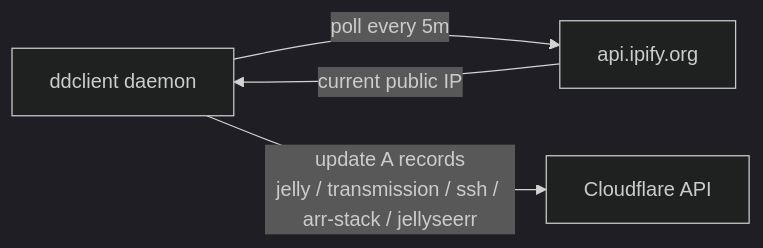
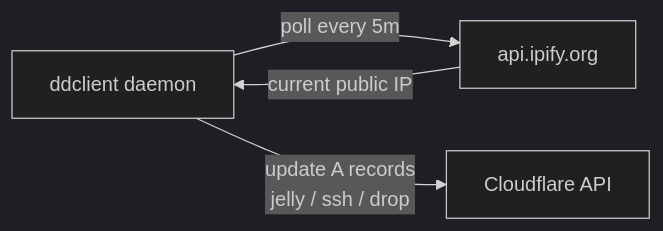
Before and after one commit to sillyash/homelab: the diagram in services/ddclient/README.md, drawn with Mermaid (dark theme). The commit also changed other lines of this file and 1 other file, not shown here.

First line of the commit message:
chore(ddclient): only update the direct-path A records

````diff
--- a/services/ddclient/README.md
+++ b/services/ddclient/README.md
@@ -8,10 +8,10 @@
 ```mermaid
 graph LR
     ddclient["ddclient daemon"]
     ipify["api.ipify.org"]
     cf["Cloudflare API"]
 
     ddclient -->|"poll every 5m"| ipify
     ipify -->|current public IP| ddclient
-    ddclient -->|"update A records<br>jelly / transmission / ssh / arr-stack / jellyseerr"| cf
+    ddclient -->|"update A records<br>jelly / ssh / drop"| cf
 ```
````
